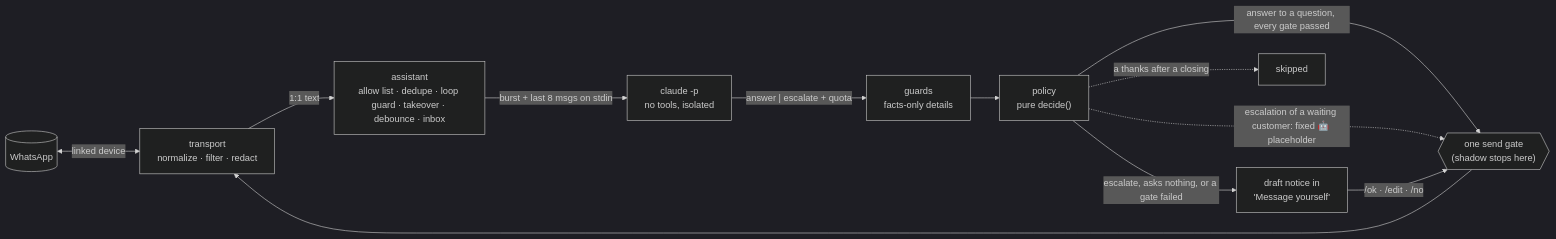
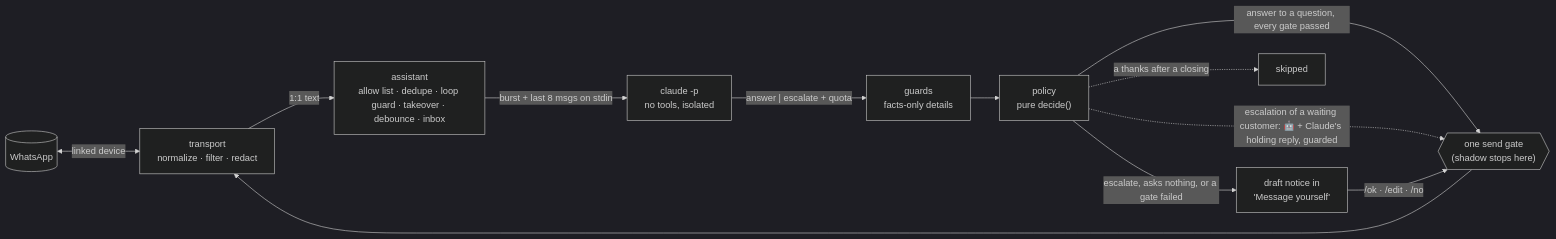
One commit to dolphinigle/wa-claude-assistant changed the diagram in docs/reference-guide.md. Above: the diagram before and after it, drawn with Mermaid (dark theme). The commit also changed other lines of this file and 4 other files, not shown here.

First line of the commit message:
docs: claude-written placeholder and greeting-back, web route kept over the cloud api

````diff
--- a/docs/reference-guide.md
+++ b/docs/reference-guide.md
@@ -49,14 +49,14 @@
 ```mermaid
 flowchart LR
   WA[("WhatsApp")] <-->|linked device| T["transport<br/>normalize · filter · redact"]
   T -->|"1:1 text"| A["assistant<br/>allow list · dedupe · loop guard · takeover · debounce · inbox"]
   A -->|"burst + last 8 msgs on stdin"| B["claude -p<br/>no tools, isolated"]
   B -->|"answer | escalate + quota"| G["guards<br/>facts-only details"]
   G --> P["policy<br/>pure decide()"]
   P -->|"answer to a question, every gate passed"| S{{"one send gate<br/>(shadow stops here)"}}
   P -->|"escalate, asks nothing, or a gate failed"| N["draft notice in<br/>'Message yourself'"]
   P -.->|"a thanks after a closing"| K["skipped"]
-  P -.->|"escalation of a waiting customer: fixed 🤖 placeholder"| S
+  P -.->|"escalation of a waiting customer: 🤖 + Claude's holding reply, guarded"| S
   N -->|"/ok · /edit · /no"| S
   S --> T
 ```
````
